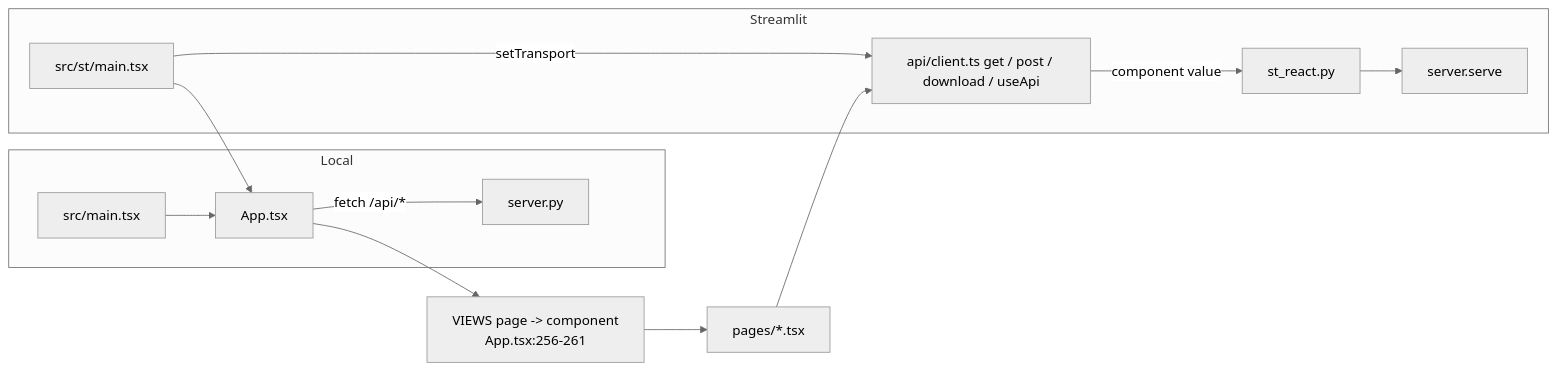
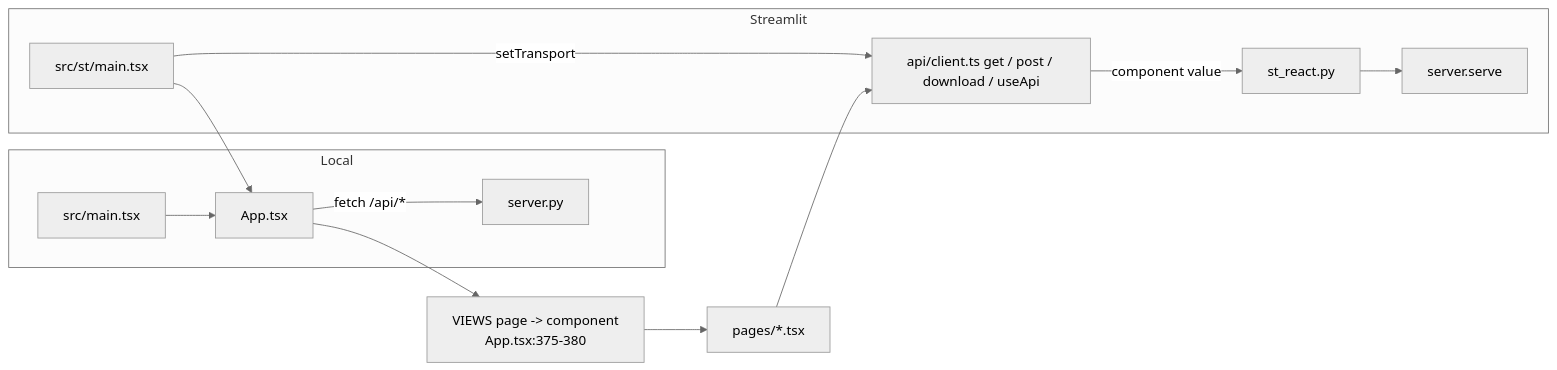
The diagram in snowflake-access-explorer-knowledge-graph/modules/web.md (darshanmeel/snowflake-access-explorer), drawn with Mermaid (neutral theme) before and after one commit. The commit also changed other lines of this file and 97 other files, not shown here.

First line of the commit message:
Knowledge graph: updated for 80 commits (read levels, object inventory, object activity, graph focus, risks, Home)

````diff
--- a/snowflake-access-explorer-knowledge-graph/modules/web.md
+++ b/snowflake-access-explorer-knowledge-graph/modules/web.md
@@ -6,14 +6,14 @@
 ```mermaid
 flowchart LR
   subgraph Local
     M[src/main.tsx] --> APP
     APP -->|fetch /api/*| SRV[server.py]
   end
   subgraph Streamlit
     SM[src/st/main.tsx] -->|setTransport| CL
     SM --> APP
     CL -->|component value| STR[st_react.py] --> SRV2[server.serve]
   end
-  APP[App.tsx] --> V[VIEWS page -> component<br/>App.tsx:256-261]
+  APP[App.tsx] --> V[VIEWS page -> component<br/>App.tsx:375-380]
   V --> P[pages/*.tsx] --> CL[api/client.ts get / post / download / useApi]
 ```
````
